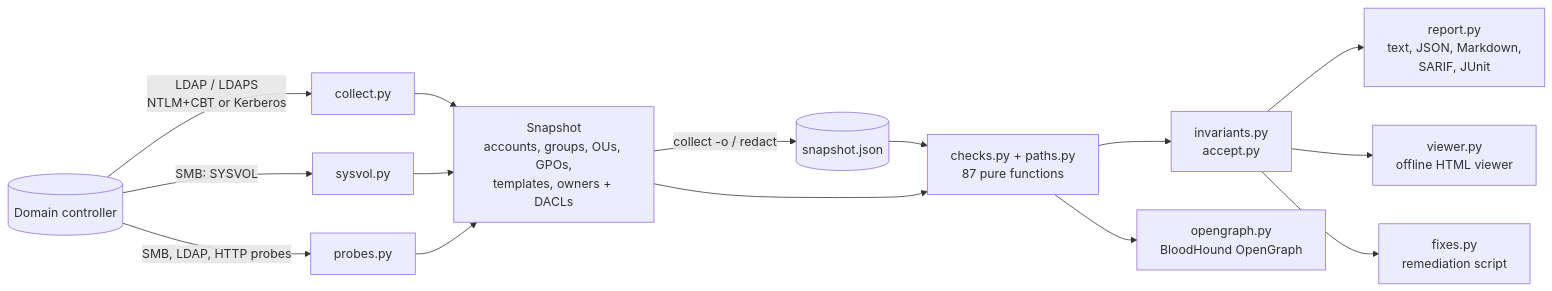
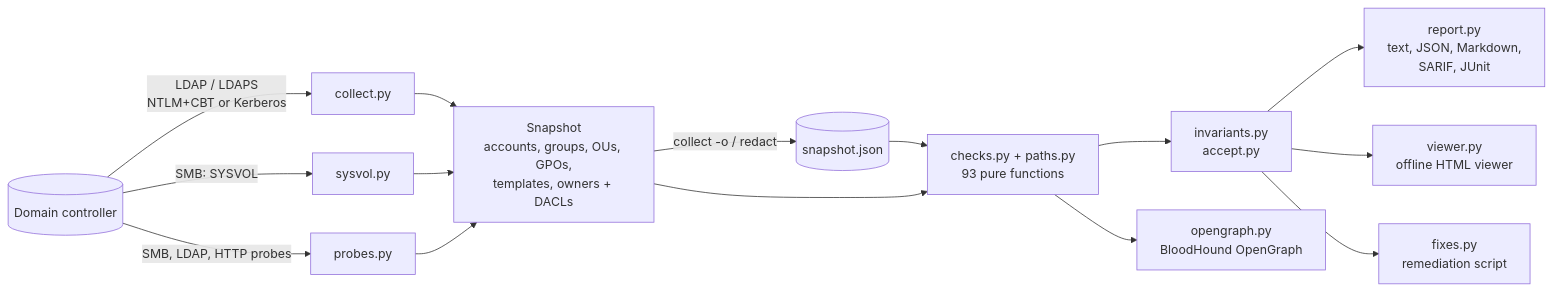
Before and after one commit to brkozer/ad-doctor: the diagram in README.md, drawn with Mermaid. The commit also changed other lines of this file and 49 other files, not shown here.

````diff
--- a/README.md
+++ b/README.md
@@ -348,17 +377,17 @@
 ```mermaid
 flowchart LR
     DC[(Domain controller)] -- "LDAP / LDAPS<br/>NTLM+CBT or Kerberos" --> C[collect.py]
     DC -- "SMB: SYSVOL" --> V[sysvol.py]
     DC -- "SMB, LDAP, HTTP probes" --> P[probes.py]
     C --> S[Snapshot<br/>accounts, groups, OUs, GPOs,<br/>templates, owners + DACLs]
     V --> S
     P --> S
     S -- "collect -o / redact" --> F[(snapshot.json)]
     F --> A
-    S --> A[checks.py + paths.py<br/>87 pure functions]
+    S --> A[checks.py + paths.py<br/>93 pure functions]
     A --> I[invariants.py<br/>accept.py]
     I --> R[report.py<br/>text, JSON, Markdown,<br/>SARIF, JUnit]
     I --> W[viewer.py<br/>offline HTML viewer]
     I --> X[fixes.py<br/>remediation script]
     A --> O[opengraph.py<br/>BloodHound OpenGraph]
 ```
````
